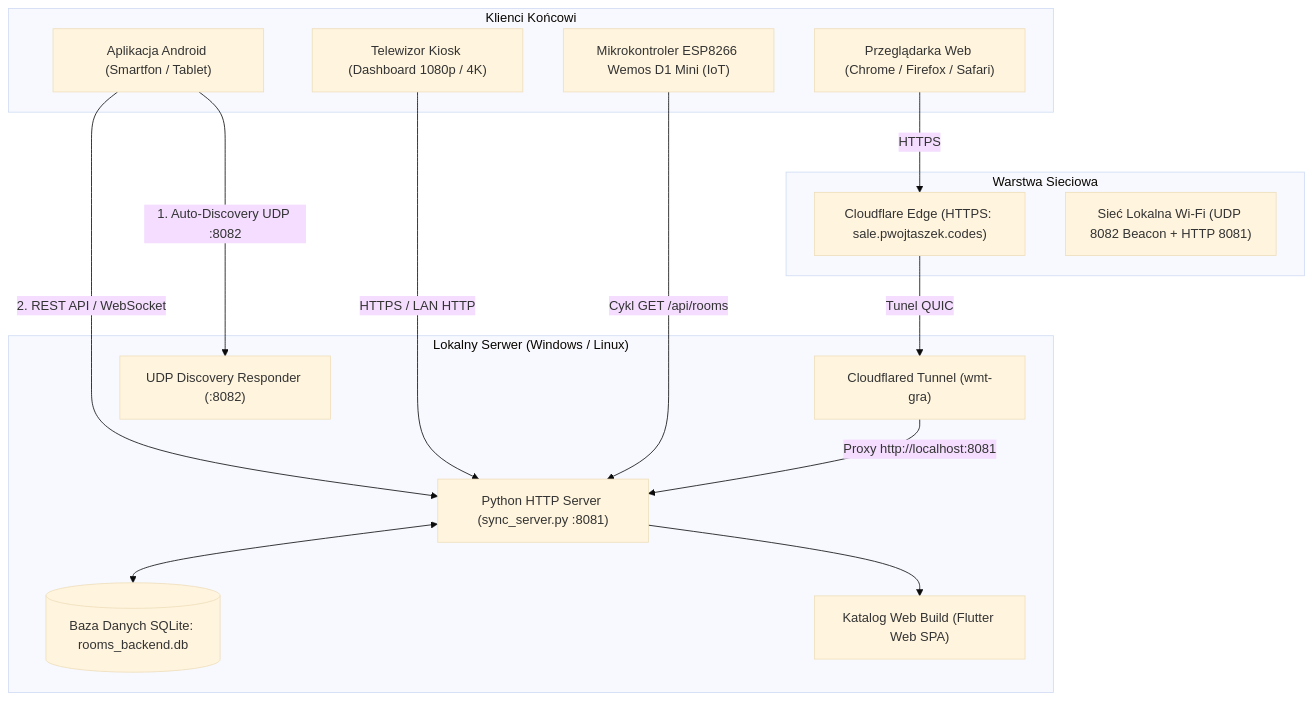
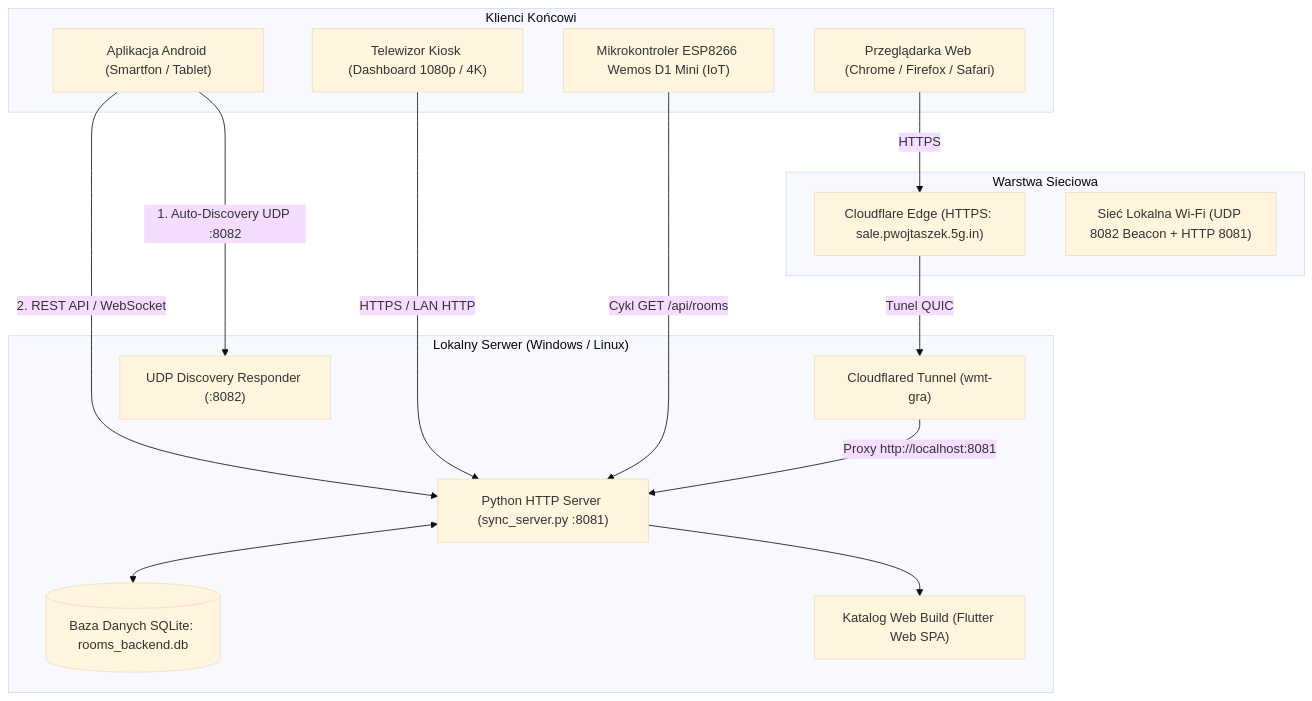
The diagram in AI_CODEBASE_SUMMARY.md (OverrLoss/DostepnoscSal_Projekt), drawn with Mermaid (base theme) before and after one commit. The commit also changed other lines of this file and 20 other files, not shown here.

First line of the commit message:
Zmiana domeny na sale.pwojtaszek.5g.in i wersja 1.3.12

````diff
--- a/AI_CODEBASE_SUMMARY.md
+++ b/AI_CODEBASE_SUMMARY.md
@@ -35,34 +35,34 @@
 ```mermaid
 flowchart TD
     subgraph Klienci ["Klienci Końcowi"]
         WebBrowser["Przeglądarka Web (Chrome / Firefox / Safari)"]
         AndroidApp["Aplikacja Android (Smartfon / Tablet)"]
         TvKiosk["Telewizor Kiosk (Dashboard 1080p / 4K)"]
         EspDevice["Mikrokontroler ESP8266 Wemos D1 Mini (IoT)"]
     end
 
     subgraph Siec ["Warstwa Sieciowa"]
-        Cloudflare["Cloudflare Edge (HTTPS: sale.pwojtaszek.codes)"]
+        Cloudflare["Cloudflare Edge (HTTPS: sale.pwojtaszek.5g.in)"]
         LocalWifi["Sieć Lokalna Wi-Fi (UDP 8082 Beacon + HTTP 8081)"]
     end
 
     subgraph SerwerLokalny ["Lokalny Serwer (Windows / Linux)"]
         CFTunnel["Cloudflared Tunnel (wmt-gra)"]
         PythonServer["Python HTTP Server (sync_server.py :8081)"]
         UdpBeacon["UDP Discovery Responder (:8082)"]
         SqliteDB[("Baza Danych SQLite: rooms_backend.db")]
         WebBuildDir["Katalog Web Build (Flutter Web SPA)"]
     end
 
     AndroidApp -->|1. Auto-Discovery UDP :8082| UdpBeacon
     AndroidApp -->|2. REST API / WebSocket| PythonServer
     WebBrowser -->|HTTPS| Cloudflare
     TvKiosk -->|HTTPS / LAN HTTP| PythonServer
     EspDevice -->|Cykl GET /api/rooms| PythonServer
     
     Cloudflare -->|Tunel QUIC| CFTunnel
     CFTunnel -->|Proxy http://localhost:8081| PythonServer
     
     PythonServer <--> SqliteDB
     PythonServer --> WebBuildDir
 ```
````
